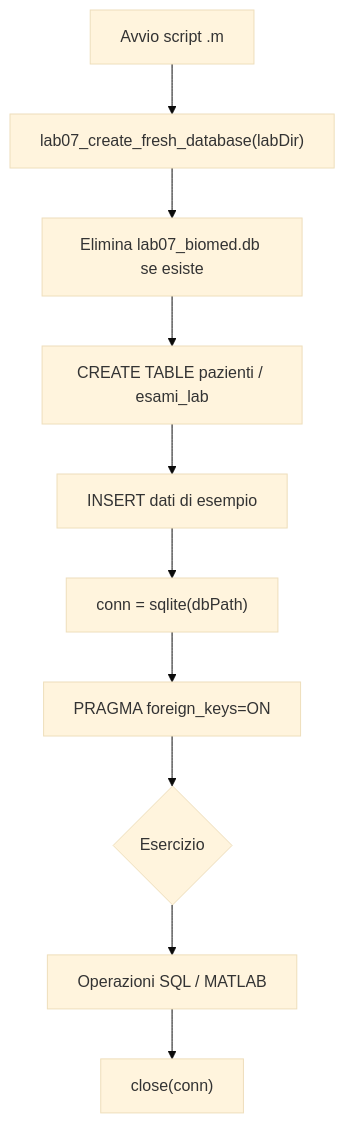
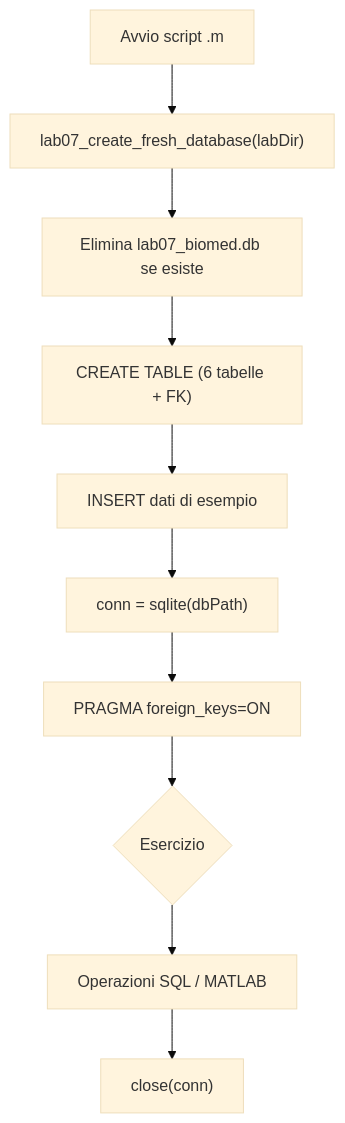
The second of 6 diagrams in 07-matlab-sqlite-database/README.md (lucadagati/Lab_Fondamenti_di_Informatica_25_26), drawn with Mermaid (base theme) before and after one commit. The commit also changed other lines of this file and 11 other files, not shown here.

First line of the commit message:
Lab 07: schema SQLite esteso a sei tabelle (LIS didattico)

````diff
--- a/07-matlab-sqlite-database/README.md
+++ b/07-matlab-sqlite-database/README.md
@@ -181,12 +225,12 @@
 ```mermaid
 flowchart TD
     A[Avvio script .m] --> B["lab07_create_fresh_database(labDir)"]
     B --> C["Elimina lab07_biomed.db se esiste"]
-    C --> D["CREATE TABLE pazienti / esami_lab"]
+    C --> D["CREATE TABLE (6 tabelle + FK)"]
     D --> E["INSERT dati di esempio"]
     E --> F["conn = sqlite(dbPath)"]
     F --> F2["PRAGMA foreign_keys=ON"]
     F2 --> G{Esercizio}
     G --> H["Operazioni SQL / MATLAB"]
     H --> I["close(conn)"]
 ```
````
